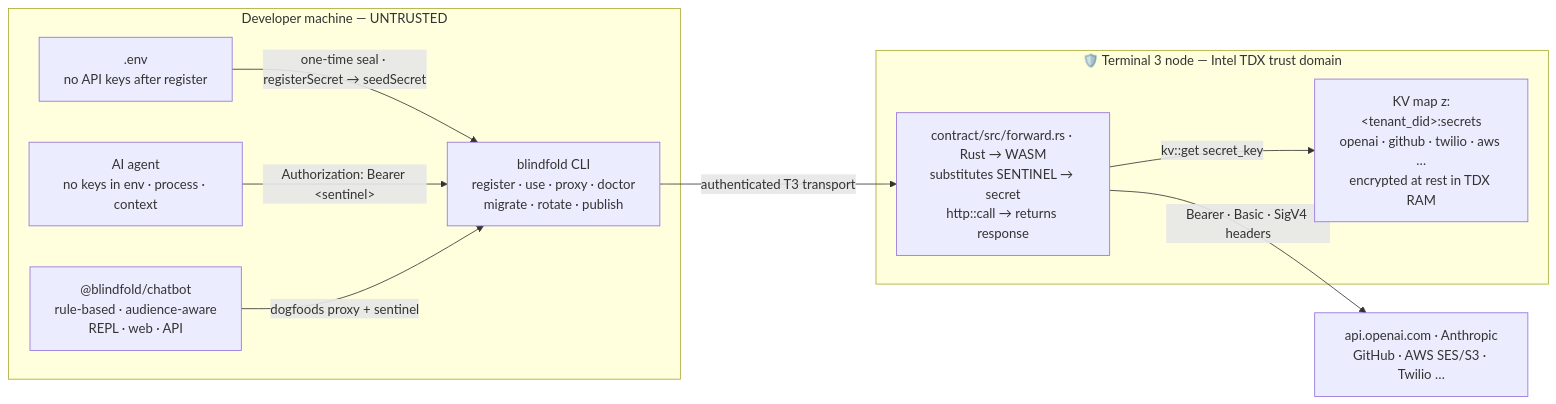
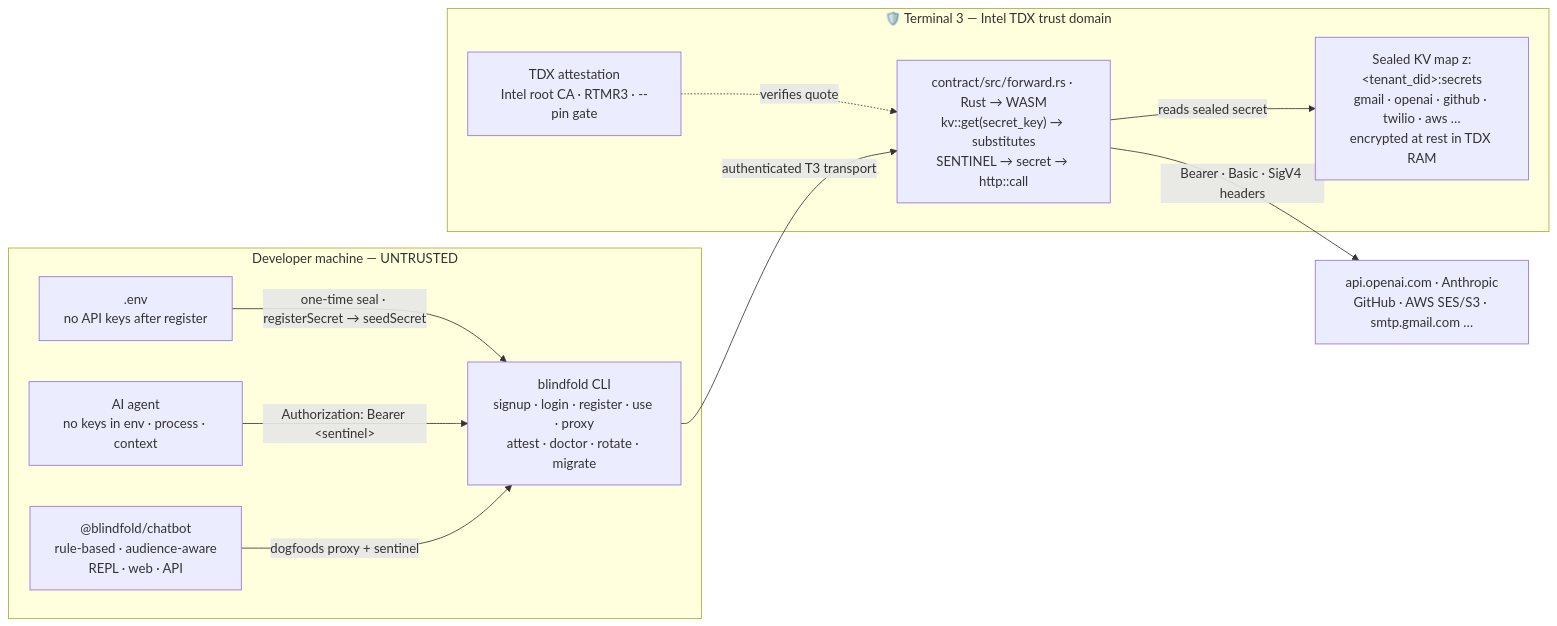
Before and after one commit to FiscalMindset/fiscalmindset: diagram 12 of 14 in README.md, drawn with Mermaid. The commit also changed other lines of this file, not shown here.

Commit message:
Expand Blindfold section: real install→login→seal workflow, agent email scenario, TDX sealing+attestation architecture

````diff
--- a/README.md
+++ b/README.md
@@ -348,23 +367,25 @@
 ```mermaid
 flowchart LR
     subgraph DEV["Developer machine — UNTRUSTED"]
         ENV[".env<br/>no API keys after register"]
         AGENT["AI agent<br/>no keys in env · process · context"]
         CHAT["@blindfold/chatbot<br/>rule-based · audience-aware<br/>REPL · web · API"]
-        CLI["blindfold CLI<br/>register · use · proxy · doctor<br/>migrate · rotate · publish"]
+        CLI["blindfold CLI<br/>signup · login · register · use · proxy<br/>attest · doctor · rotate · migrate"]
     end
 
-    subgraph T3["🛡️ Terminal 3 node — Intel TDX trust domain"]
-        KV["KV map z:&lt;tenant_did&gt;:secrets<br/>openai · github · twilio · aws …<br/>encrypted at rest in TDX RAM"]
-        FW["contract/src/forward.rs · Rust → WASM<br/>substitutes SENTINEL → secret<br/>http::call → returns response"]
-        FW -->|kv::get secret_key| KV
+    subgraph T3["🛡️ Terminal 3 — Intel TDX trust domain"]
+        KV["Sealed KV map z:&lt;tenant_did&gt;:secrets<br/>gmail · openai · github · twilio · aws …<br/>encrypted at rest in TDX RAM"]
+        FW["contract/src/forward.rs · Rust → WASM<br/>kv::get(secret_key) → substitutes<br/>SENTINEL → secret → http::call"]
+        ATTEST["TDX attestation<br/>Intel root CA · RTMR3 · --pin gate"]
+        FW -->|"reads sealed secret"| KV
+        ATTEST -.->|"verifies quote"| FW
     end
 
-    API["api.openai.com · Anthropic<br/>GitHub · AWS SES/S3 · Twilio …"]
+    API["api.openai.com · Anthropic<br/>GitHub · AWS SES/S3 · smtp.gmail.com …"]
 
     ENV -->|"one-time seal · registerSecret → seedSecret"| CLI
     AGENT -->|"Authorization: Bearer &lt;sentinel&gt;"| CLI
     CHAT -->|"dogfoods proxy + sentinel"| CLI
     CLI -->|"authenticated T3 transport"| FW
     FW -->|"Bearer · Basic · SigV4 headers"| API
 ```
````
